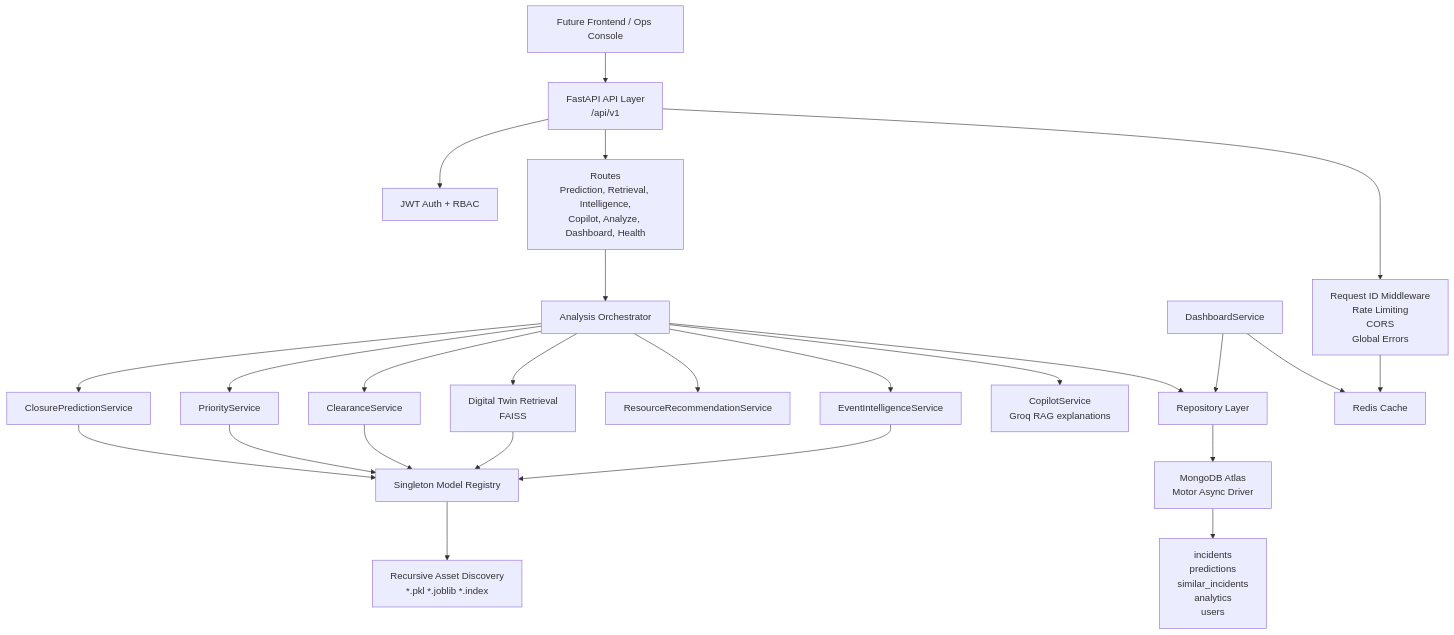
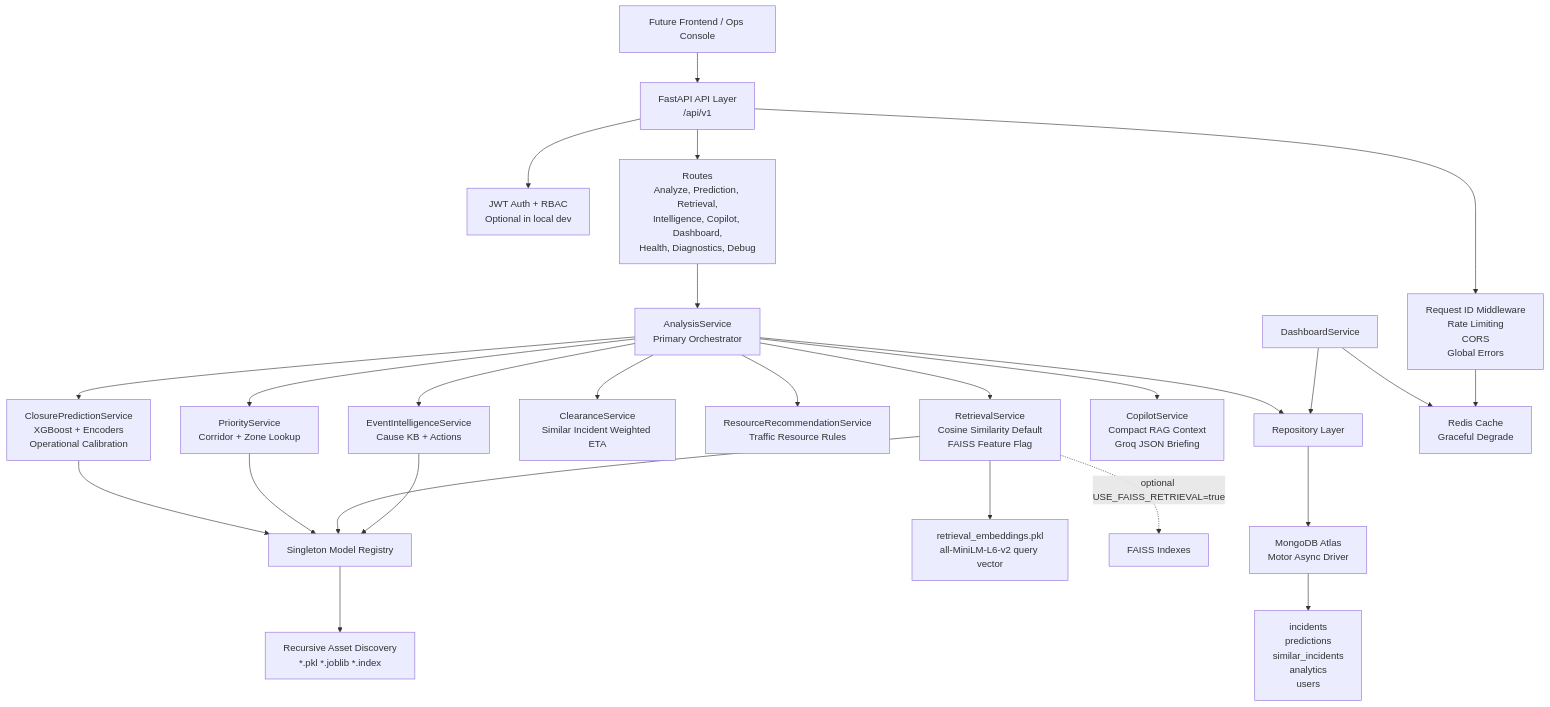
Before and after one commit to srikar2908/Gridlock: the first of 2 diagrams in docs/architecture/backend_architecture.md, drawn with Mermaid. The commit also changed other lines of this file and 7 other files, not shown here.

````diff
--- a/docs/architecture/backend_architecture.md
+++ b/docs/architecture/backend_architecture.md
@@ -3,31 +3,33 @@
 ```mermaid
 flowchart TB
-    Client["Future Frontend / Ops Console"] --> API["FastAPI API Layer\n/api/v1"]
-    API --> Auth["JWT Auth + RBAC"]
-    API --> Middleware["Request ID Middleware\nRate Limiting\nCORS\nGlobal Errors"]
-    API --> Routes["Routes\nPrediction, Retrieval, Intelligence,\nCopilot, Analyze, Dashboard, Health"]
+    Client["Future Frontend / Ops Console"] --> API["FastAPI API Layer<br/>/api/v1"]
+    API --> Auth["JWT Auth + RBAC<br/>Optional in local dev"]
+    API --> Middleware["Request ID Middleware<br/>Rate Limiting<br/>CORS<br/>Global Errors"]
+    API --> Routes["Routes<br/>Analyze, Prediction, Retrieval,<br/>Intelligence, Copilot, Dashboard,<br/>Health, Diagnostics, Debug"]
 
-    Routes --> Analyze["Analysis Orchestrator"]
-    Analyze --> Closure["ClosurePredictionService"]
-    Analyze --> Priority["PriorityService"]
-    Analyze --> Clearance["ClearanceService"]
-    Analyze --> Retrieval["Digital Twin Retrieval\nFAISS"]
-    Analyze --> Resource["ResourceRecommendationService"]
-    Analyze --> Intel["EventIntelligenceService"]
-    Analyze --> Copilot["CopilotService\nGroq RAG explanations"]
+    Routes --> Analyze["AnalysisService<br/>Primary Orchestrator"]
+    Analyze --> Closure["ClosurePredictionService<br/>XGBoost + Encoders<br/>Operational Calibration"]
+    Analyze --> Priority["PriorityService<br/>Corridor + Zone Lookup"]
+    Analyze --> Retrieval["RetrievalService<br/>Cosine Similarity Default<br/>FAISS Feature Flag"]
+    Analyze --> Clearance["ClearanceService<br/>Similar Incident Weighted ETA"]
+    Analyze --> Resource["ResourceRecommendationService<br/>Traffic Resource Rules"]
+    Analyze --> Intel["EventIntelligenceService<br/>Cause KB + Actions"]
+    Analyze --> Copilot["CopilotService<br/>Compact RAG Context<br/>Groq JSON Briefing"]
 
     Closure --> Registry["Singleton Model Registry"]
     Priority --> Registry
-    Clearance --> Registry
     Retrieval --> Registry
     Intel --> Registry
-    Registry --> Assets["Recursive Asset Discovery\n*.pkl *.joblib *.index"]
+    Registry --> Assets["Recursive Asset Discovery<br/>*.pkl *.joblib *.index"]
+
+    Retrieval --> Embeddings["retrieval_embeddings.pkl<br/>all-MiniLM-L6-v2 query vector"]
+    Retrieval -. "optional USE_FAISS_RETRIEVAL=true" .-> Faiss["FAISS Indexes"]
 
     Analyze --> Repos["Repository Layer"]
     Dashboard["DashboardService"] --> Repos
-    Repos --> Mongo["MongoDB Atlas\nMotor Async Driver"]
-    Dashboard --> Redis["Redis Cache"]
+    Repos --> Mongo["MongoDB Atlas<br/>Motor Async Driver"]
+    Dashboard --> Redis["Redis Cache<br/>Graceful Degrade"]
     Middleware --> Redis
 
-    Mongo --> Collections["incidents\npredictions\nsimilar_incidents\nanalytics\nusers"]
+    Mongo --> Collections["incidents<br/>predictions<br/>similar_incidents<br/>analytics<br/>users"]
 ```
````
